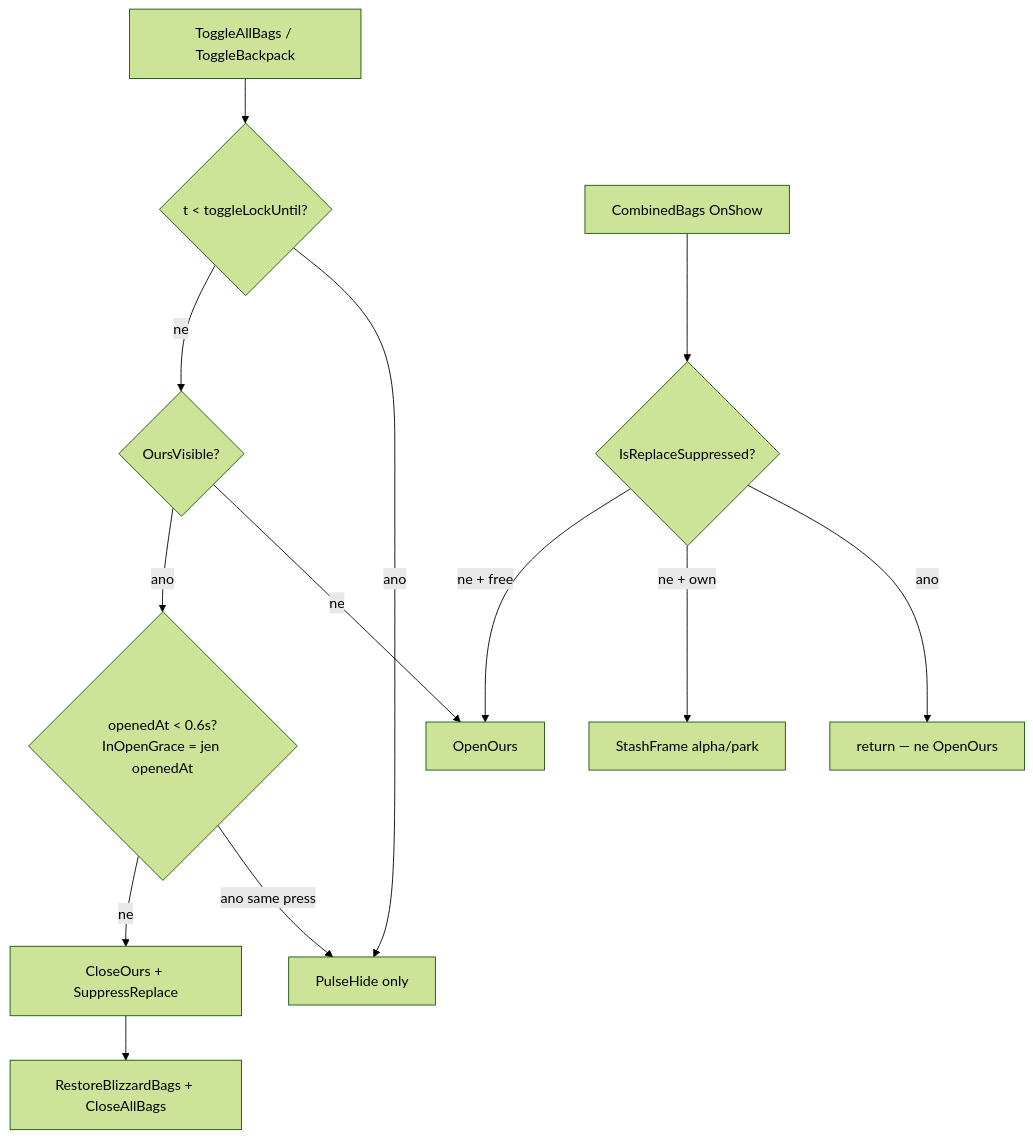
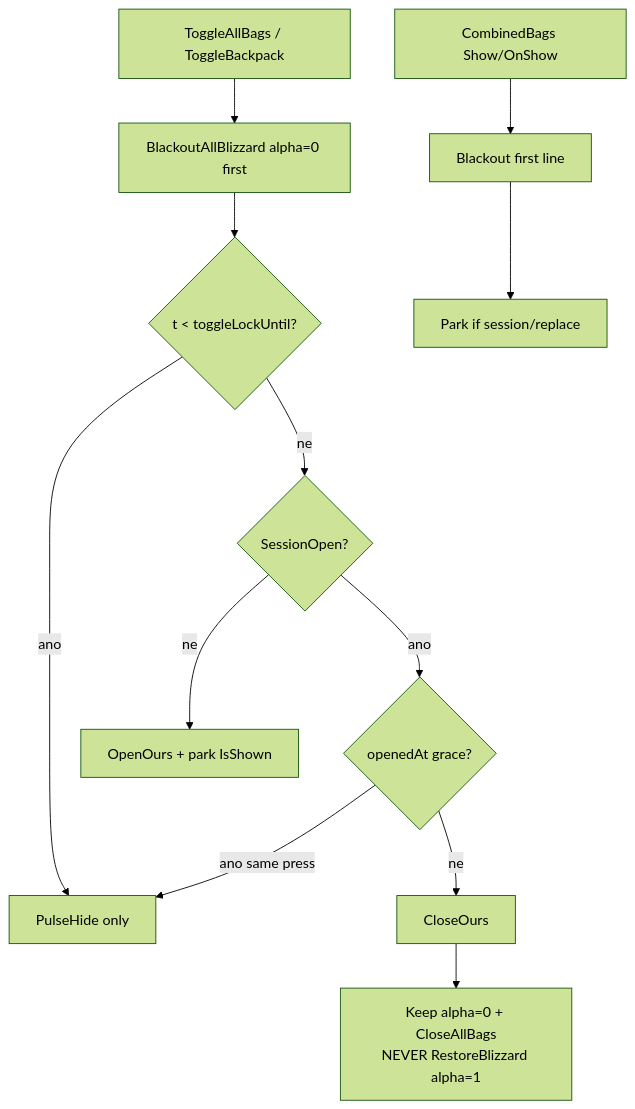
Before and after one commit to sirTurbisCZ/wow-forever-addons: the first of 5 diagrams in addons/BetterBackpack/Docs/loops.md, drawn with Mermaid (forest theme). The commit also changed other lines of this file and 6 other files, not shown here.

First line of the commit message:
BetterBackpack 0.1.2: no CombinedBags flash, solid chrome, one-B close

````diff
--- a/addons/BetterBackpack/Docs/loops.md
+++ b/addons/BetterBackpack/Docs/loops.md
@@ -12,16 +12,15 @@
 ```mermaid
 flowchart TD
   B[ToggleAllBags / ToggleBackpack]
-  B --> Lock{t < toggleLockUntil?}
+  B --> Black[BlackoutAllBlizzard alpha=0 first]
+  Black --> Lock{t < toggleLockUntil?}
   Lock -->|ano| Pulse[PulseHide only]
-  Lock -->|ne| Vis{OursVisible?}
-  Vis -->|ne| Open[OpenOurs]
-  Vis -->|ano| Grace{openedAt < 0.6s?<br/>InOpenGrace = jen openedAt}
+  Lock -->|ne| Vis{SessionOpen?}
+  Vis -->|ne| Open[OpenOurs + park IsShown]
+  Vis -->|ano| Grace{openedAt grace?}
   Grace -->|ano same press| Pulse
-  Grace -->|ne| Close[CloseOurs + SuppressReplace]
-  Close --> Rest[RestoreBlizzardBags + CloseAllBags]
-  OnShow[CombinedBags OnShow] --> Supp{IsReplaceSuppressed?}
-  Supp -->|ano| Skip[return — ne OpenOurs]
-  Supp -->|ne + own| Stash[StashFrame alpha/park]
-  Supp -->|ne + free| Open
+  Grace -->|ne| Close[CloseOurs]
+  Close --> Keep0[Keep alpha=0 + CloseAllBags<br/>NEVER RestoreBlizzard alpha=1]
+  OnShow[CombinedBags Show/OnShow] --> BO[Blackout first line]
+  BO --> Park[Park if session/replace]
 ```
````
